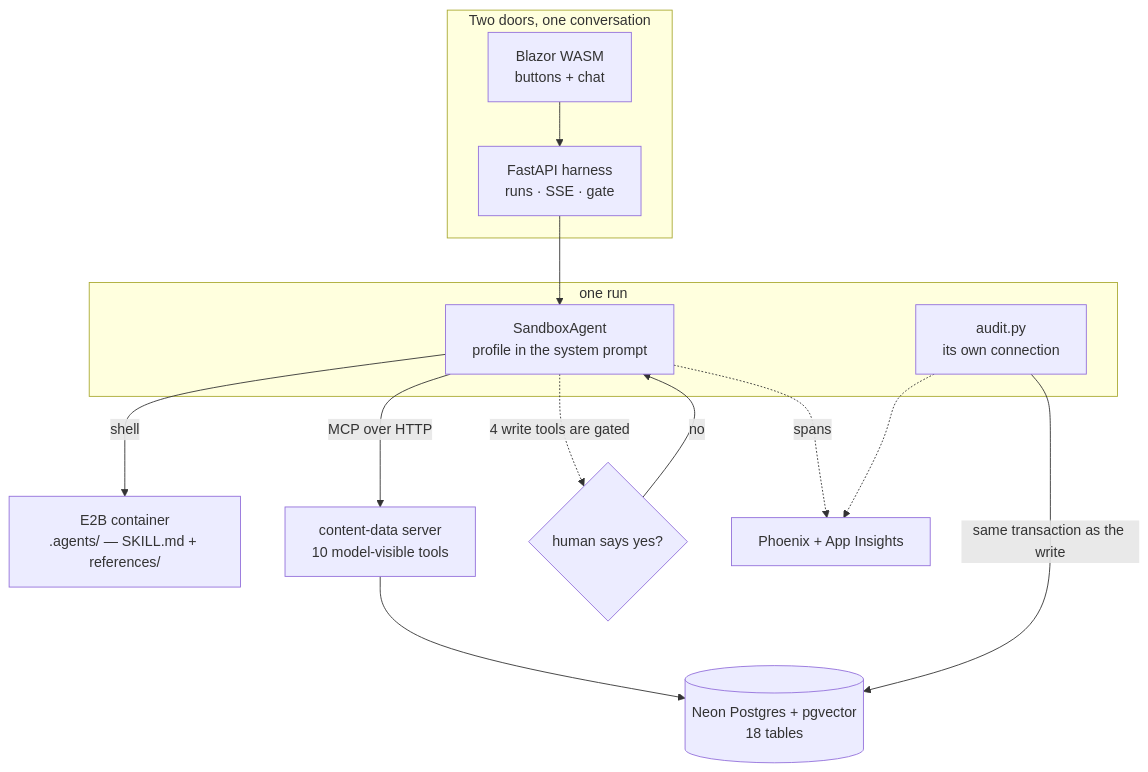
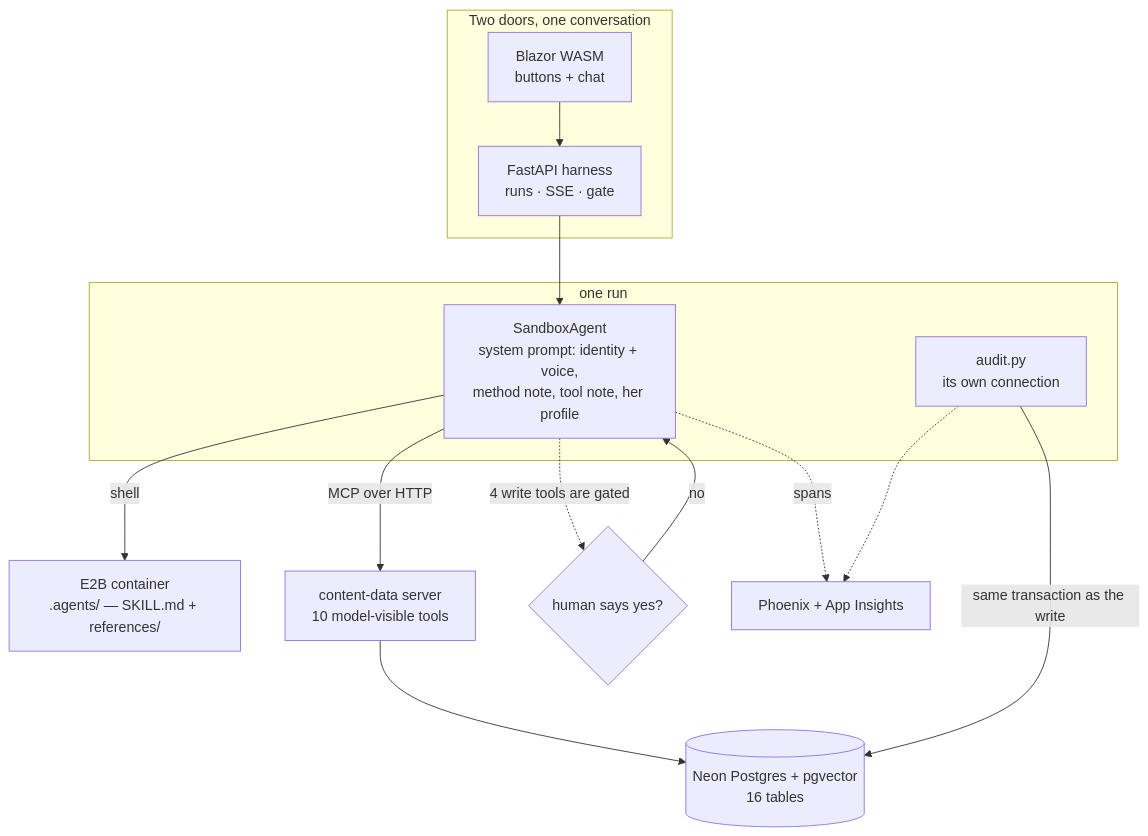
Before and after one commit to sorinLupaIonut/content-studio-fte: the first of 4 diagrams in docs/CASE-STUDY.md, drawn with Mermaid. The commit also changed other lines of this file and 12 other files, not shown here.

````diff
--- a/docs/CASE-STUDY.md
+++ b/docs/CASE-STUDY.md
@@ -51,26 +51,26 @@
 ```mermaid
 flowchart TB
     subgraph doors["Two doors, one conversation"]
         UI["Blazor WASM<br/>buttons + chat"]
         API["FastAPI harness<br/>runs · SSE · gate"]
     end
 
     UI --> API
 
     subgraph run["one run"]
-        AG["SandboxAgent<br/>profile in the system prompt"]
+        AG["SandboxAgent<br/>system prompt: identity + voice,<br/>method note, tool note, her profile"]
         AU["audit.py<br/>its own connection"]
     end
 
     API --> AG
 
     AG -->|"shell"| SB["E2B container<br/>.agents/ — SKILL.md + references/"]
     AG -->|"MCP over HTTP"| MCP["content-data server<br/>10 model-visible tools"]
     AG -.->|"4 write tools are gated"| GATE{"human says yes?"}
     GATE -->|"no"| AG
 
-    MCP --> DB[("Neon Postgres + pgvector<br/>18 tables")]
+    MCP --> DB[("Neon Postgres + pgvector<br/>16 tables")]
     AU -->|"same transaction as the write"| DB
     AG -.->|"spans"| OBS["Phoenix + App Insights"]
     AU -.-> OBS
 ```
````
